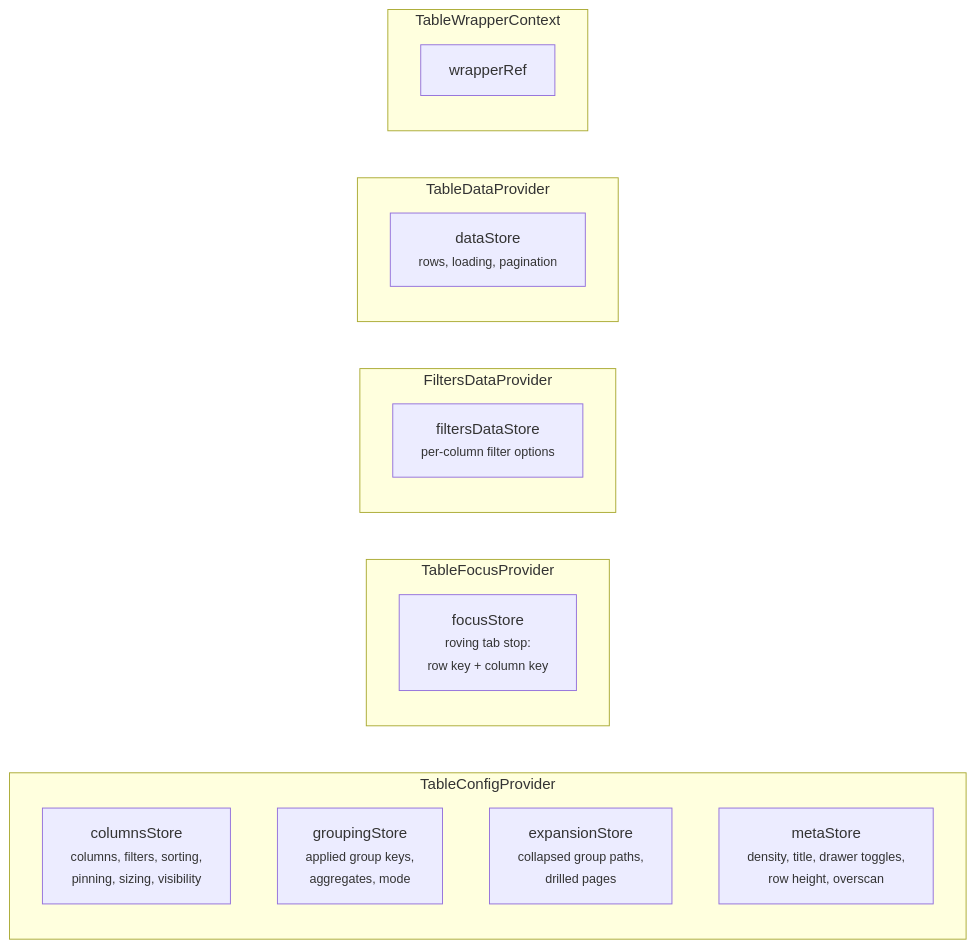
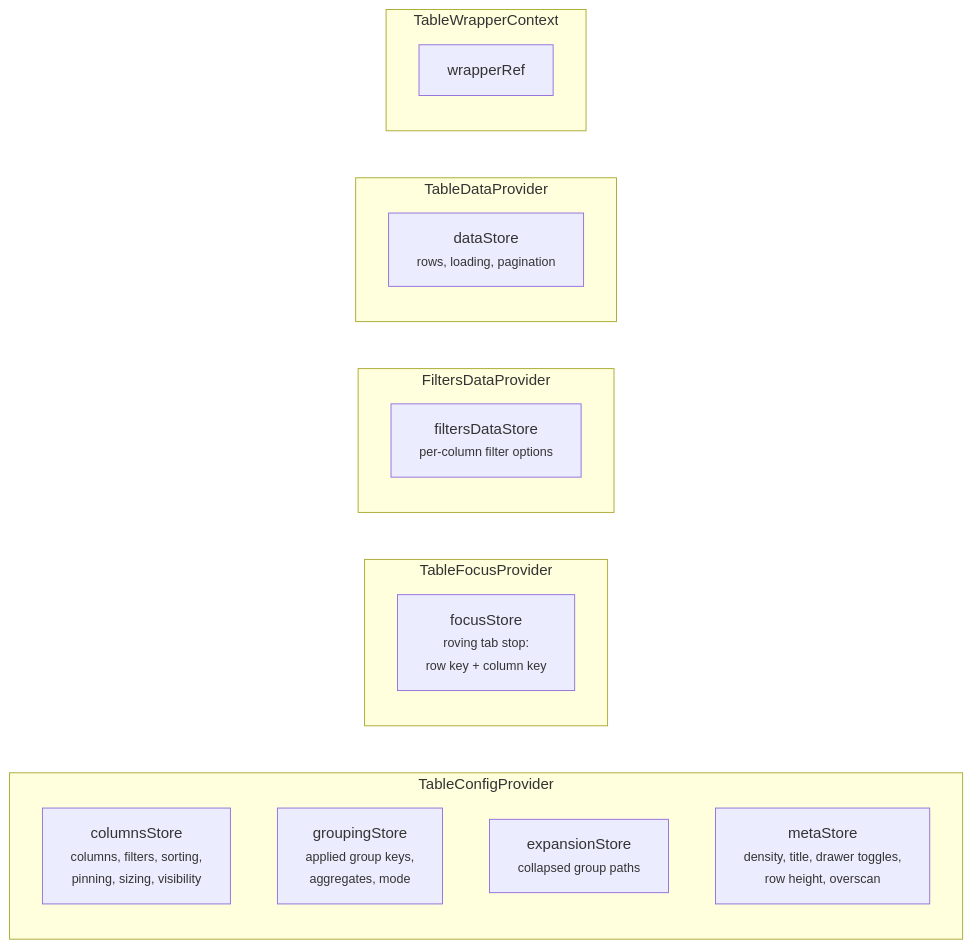
One commit to luciocabrera/lcabrera-stack changed the second of 4 diagrams in packages/ui/src/components/Table/ARCHITECTURE.md. Above: the diagram before and after it, drawn with Mermaid. The commit also changed other lines of this file and 27 other files, not shown here.

````diff
--- a/packages/ui/src/components/Table/ARCHITECTURE.md
+++ b/packages/ui/src/components/Table/ARCHITECTURE.md
@@ -89,25 +89,25 @@
 ```mermaid
 graph LR
   subgraph "TableConfigProvider"
     CS["columnsStore<br/><small>columns, filters, sorting,<br/>pinning, sizing, visibility</small>"]
     GS["groupingStore<br/><small>applied group keys,<br/>aggregates, mode</small>"]
-    ES["expansionStore<br/><small>collapsed group paths,<br/>drilled pages</small>"]
+    ES["expansionStore<br/><small>collapsed group paths</small>"]
     MS["metaStore<br/><small>density, title, drawer toggles,<br/>row height, overscan</small>"]
   end
 
   subgraph "TableFocusProvider"
     FoS["focusStore<br/><small>roving tab stop:<br/>row key + column key</small>"]
   end
 
   subgraph "FiltersDataProvider"
     FS["filtersDataStore<br/><small>per-column filter options</small>"]
   end
 
   subgraph "TableDataProvider"
     DS["dataStore<br/><small>rows, loading, pagination</small>"]
   end
 
   subgraph "TableWrapperContext"
     WR["wrapperRef"]
   end
 ```
````
